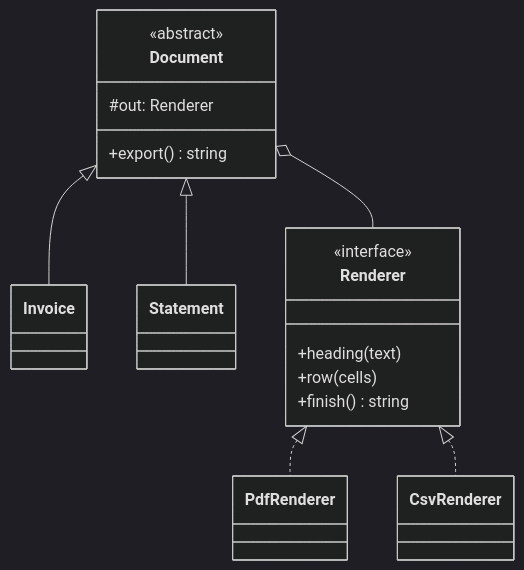
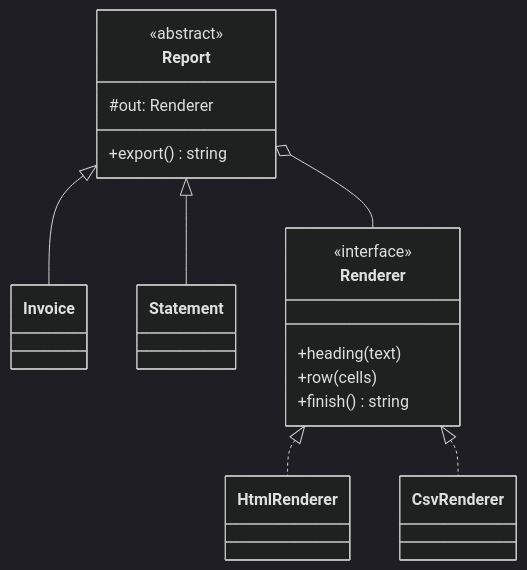
One commit to tenlisboa/agent-skills changed the diagram in skills/design-patterns/references/bridge.md. Above: the diagram before and after it, drawn with Mermaid (dark theme). The commit also changed other lines of this file and 22 other files, not shown here.

````diff
--- a/skills/design-patterns/references/bridge.md
+++ b/skills/design-patterns/references/bridge.md
@@ -36,23 +36,23 @@
 ```mermaid
 classDiagram
-  class Document {
+  class Report {
     <<abstract>>
     #out: Renderer
     +export() string
   }
   class Invoice
   class Statement
   class Renderer {
     <<interface>>
     +heading(text)
     +row(cells)
     +finish() string
   }
-  class PdfRenderer
+  class HtmlRenderer
   class CsvRenderer
-  Document <|-- Invoice
-  Document <|-- Statement
-  Document o-- Renderer
-  Renderer <|.. PdfRenderer
+  Report <|-- Invoice
+  Report <|-- Statement
+  Report o-- Renderer
+  Renderer <|.. HtmlRenderer
   Renderer <|.. CsvRenderer
 ```
````
